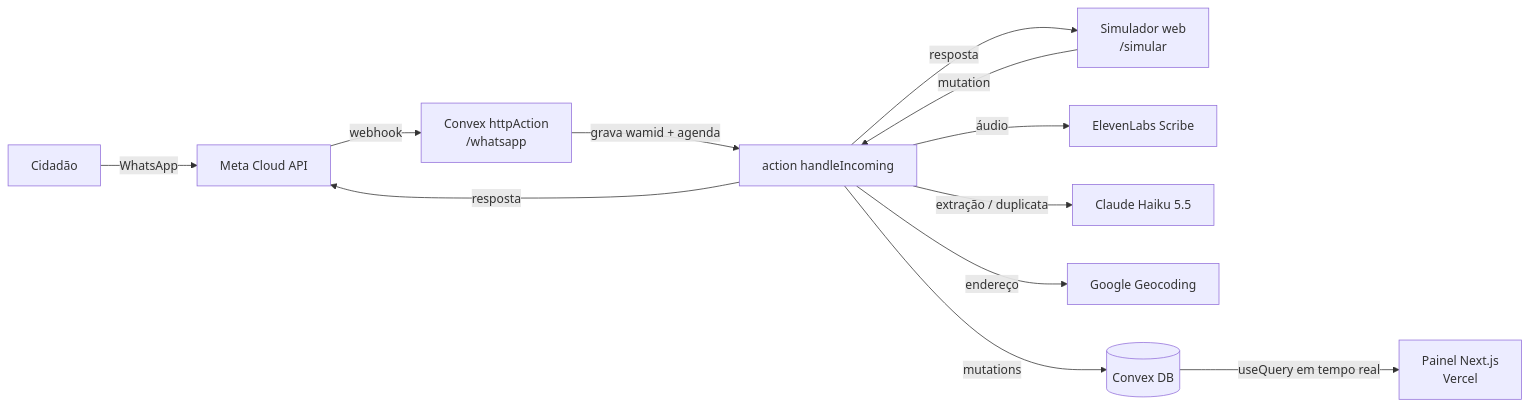
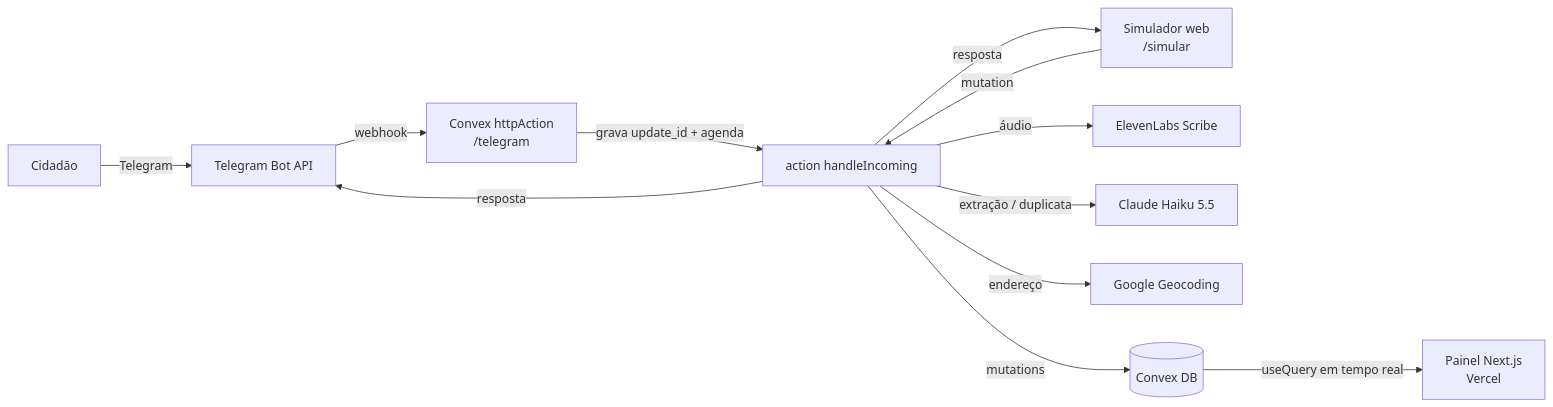
One commit to jonathangaldino/fiscaliz.ai changed the first of 3 diagrams in docs/arquitetura.md. Above: the diagram before and after it, drawn with Mermaid. The commit also changed other lines of this file and 5 other files, not shown here.

````diff
--- a/docs/arquitetura.md
+++ b/docs/arquitetura.md
@@ -28,14 +28,14 @@
 ```mermaid
 flowchart LR
-  C[Cidadão] -- WhatsApp --> M[Meta Cloud API]
-  M -- webhook --> H[Convex httpAction<br/>/whatsapp]
+  C[Cidadão] -- Telegram --> M[Telegram Bot API]
+  M -- webhook --> H[Convex httpAction<br/>/telegram]
   S[Simulador web<br/>/simular] -- mutation --> Q
-  H -- grava wamid + agenda --> Q[action handleIncoming]
+  H -- grava update_id + agenda --> Q[action handleIncoming]
   Q -- áudio --> E[ElevenLabs Scribe]
   Q -- extração / duplicata --> A[Claude Haiku 5.5]
   Q -- endereço --> G[Google Geocoding]
   Q -- mutations --> DB[(Convex DB)]
   DB -- useQuery em tempo real --> P[Painel Next.js<br/>Vercel]
   Q -- resposta --> M
   Q -- resposta --> S
 ```
````
